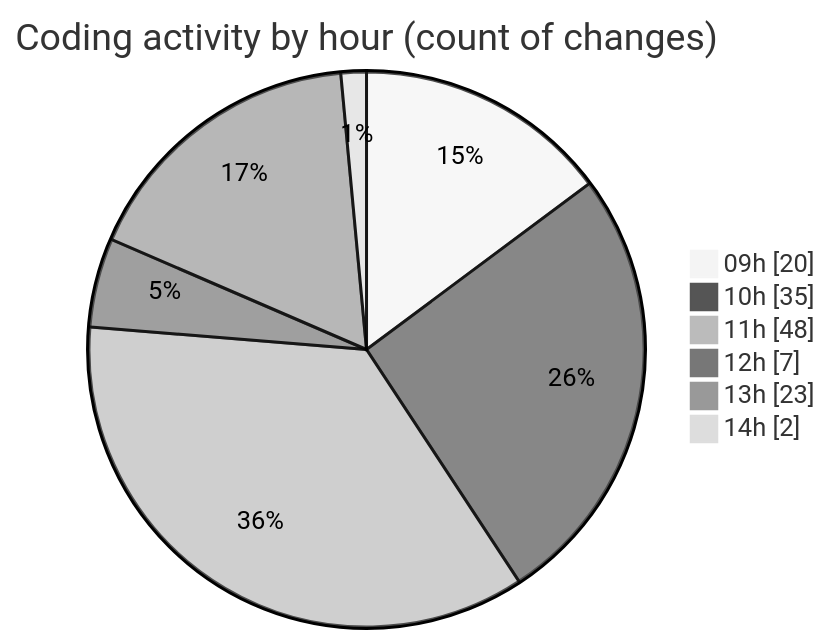
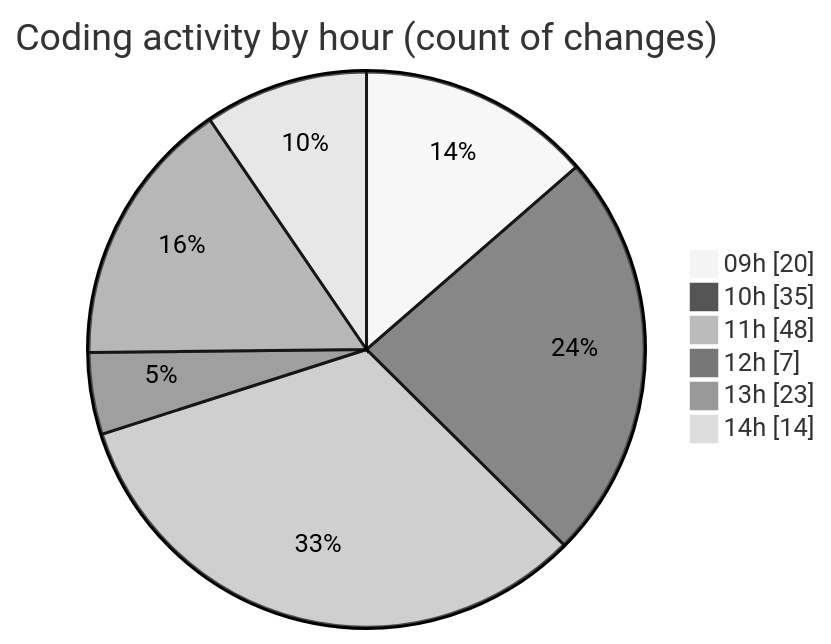
The second of 2 diagrams in 2025-06-10/ecodeli-1/README.md (CELIANVF/code-tracking), drawn with Mermaid (neutral theme) before and after one commit. The commit also changed other lines of this file and 1 other file, not shown here.

````diff
--- a/2025-06-10/ecodeli-1/README.md
+++ b/2025-06-10/ecodeli-1/README.md
@@ -82,10 +87,10 @@
 ```mermaid
 pie showData
 title Coding activity by hour (count of changes)
 "09h" : 20
 "10h" : 35
 "11h" : 48
 "12h" : 7
 "13h" : 23
-"14h" : 2
+"14h" : 14
 ```
````
